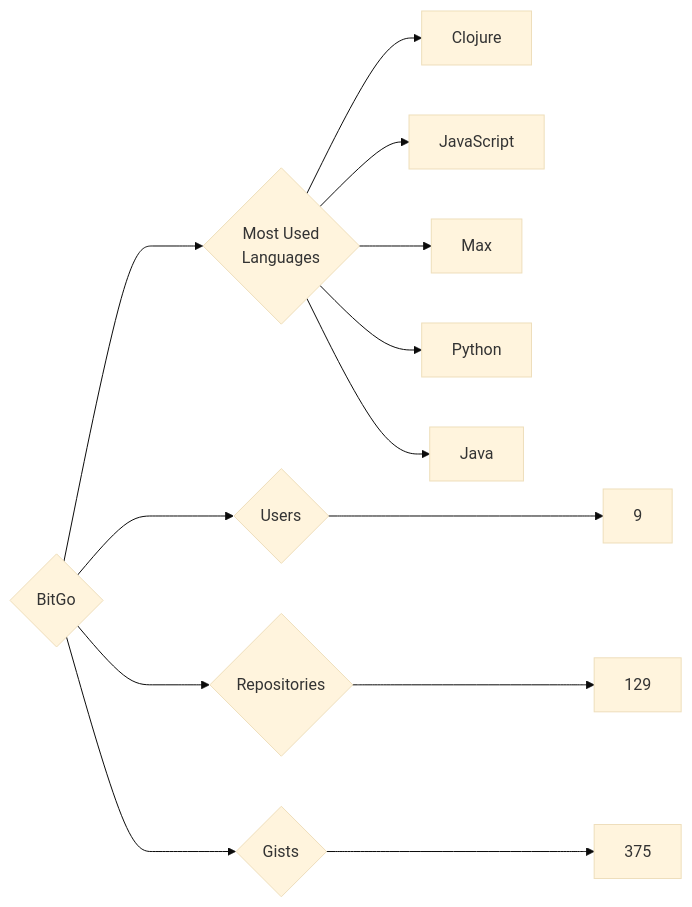
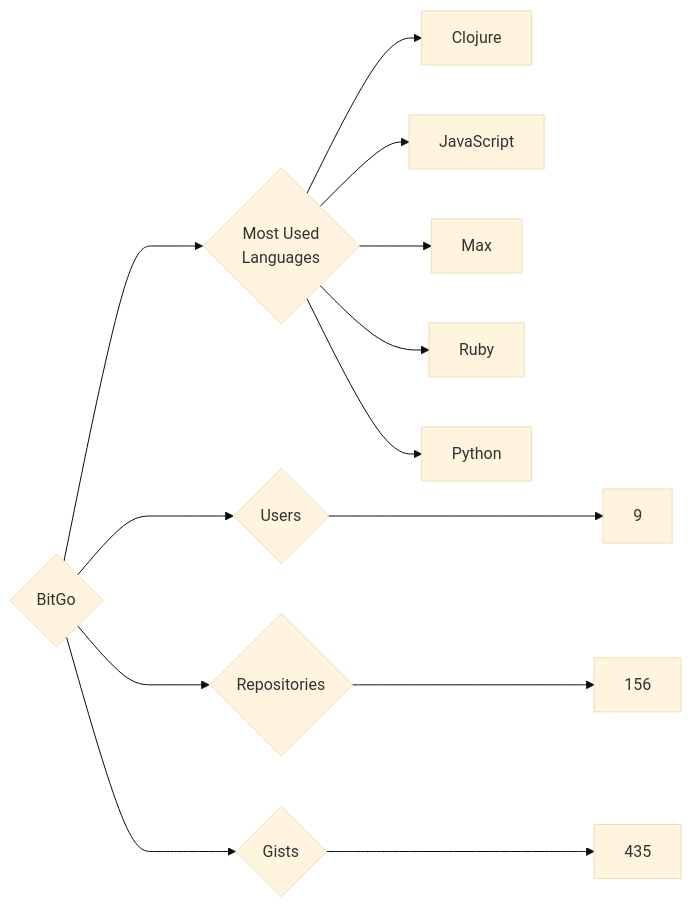
The diagram in targets/BitGo/README.md (trickest/insiders), drawn with Mermaid (base theme) before and after one commit. The commit also changed 938 other files, not shown here.

````diff
--- a/targets/BitGo/README.md
+++ b/targets/BitGo/README.md
@@ -3,13 +3,13 @@
 ```mermaid
 graph LR
 COMPANY_NAME{BitGo}
 COMPANY_NAME ---> U{Users} ---> UN[9]
-COMPANY_NAME ---> R{Repositories} ---> RN[129]
-COMPANY_NAME ---> G{Gists} ---> GN[375]
+COMPANY_NAME ---> R{Repositories} ---> RN[156]
+COMPANY_NAME ---> G{Gists} ---> GN[435]
 COMPANY_NAME ---> ML{Most Used<br>Languages}
 ML --> Clojure[Clojure]
 ML --> JavaScript[JavaScript]
 ML --> Max[Max]
+ML --> Ruby[Ruby]
 ML --> Python[Python]
-ML --> Java[Java]
 ```
````
